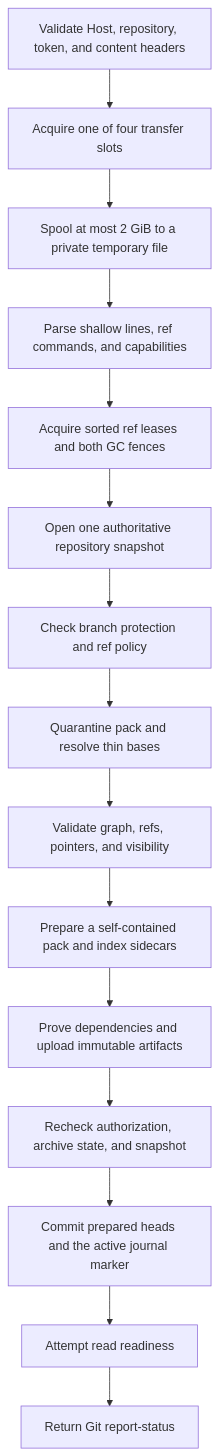
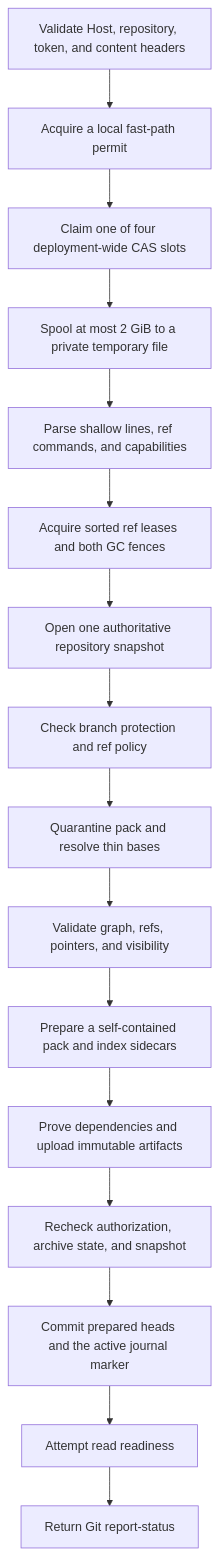
Before and after one commit to crabbuild/crab: the sixth of 11 diagrams in crates/crab-http-server/DESIGN.md, drawn with Mermaid. The commit also changed other lines of this file and 21 other files, not shown here.

````diff
--- a/crates/crab-http-server/DESIGN.md
+++ b/crates/crab-http-server/DESIGN.md
@@ -337,20 +337,21 @@
 ```mermaid
 flowchart TD
     A[Validate Host, repository, token, and content headers]
-    B[Acquire one of four transfer slots]
+    B[Acquire a local fast-path permit]
+    B2[Claim one of four deployment-wide CAS slots]
     C[Spool at most 2 GiB to a private temporary file]
     D[Parse shallow lines, ref commands, and capabilities]
     E[Acquire sorted ref leases and both GC fences]
     F[Open one authoritative repository snapshot]
     G[Check branch protection and ref policy]
     H[Quarantine pack and resolve thin bases]
     I[Validate graph, refs, pointers, and visibility]
     J[Prepare a self-contained pack and index sidecars]
     K[Prove dependencies and upload immutable artifacts]
     L[Recheck authorization, archive state, and snapshot]
     M[Commit prepared heads and the active journal marker]
     N[Attempt read readiness]
     O[Return Git report-status]
 
-    A --> B --> C --> D --> E --> F --> G --> H --> I --> J --> K --> L --> M --> N --> O
+    A --> B --> B2 --> C --> D --> E --> F --> G --> H --> I --> J --> K --> L --> M --> N --> O
 ```
````
